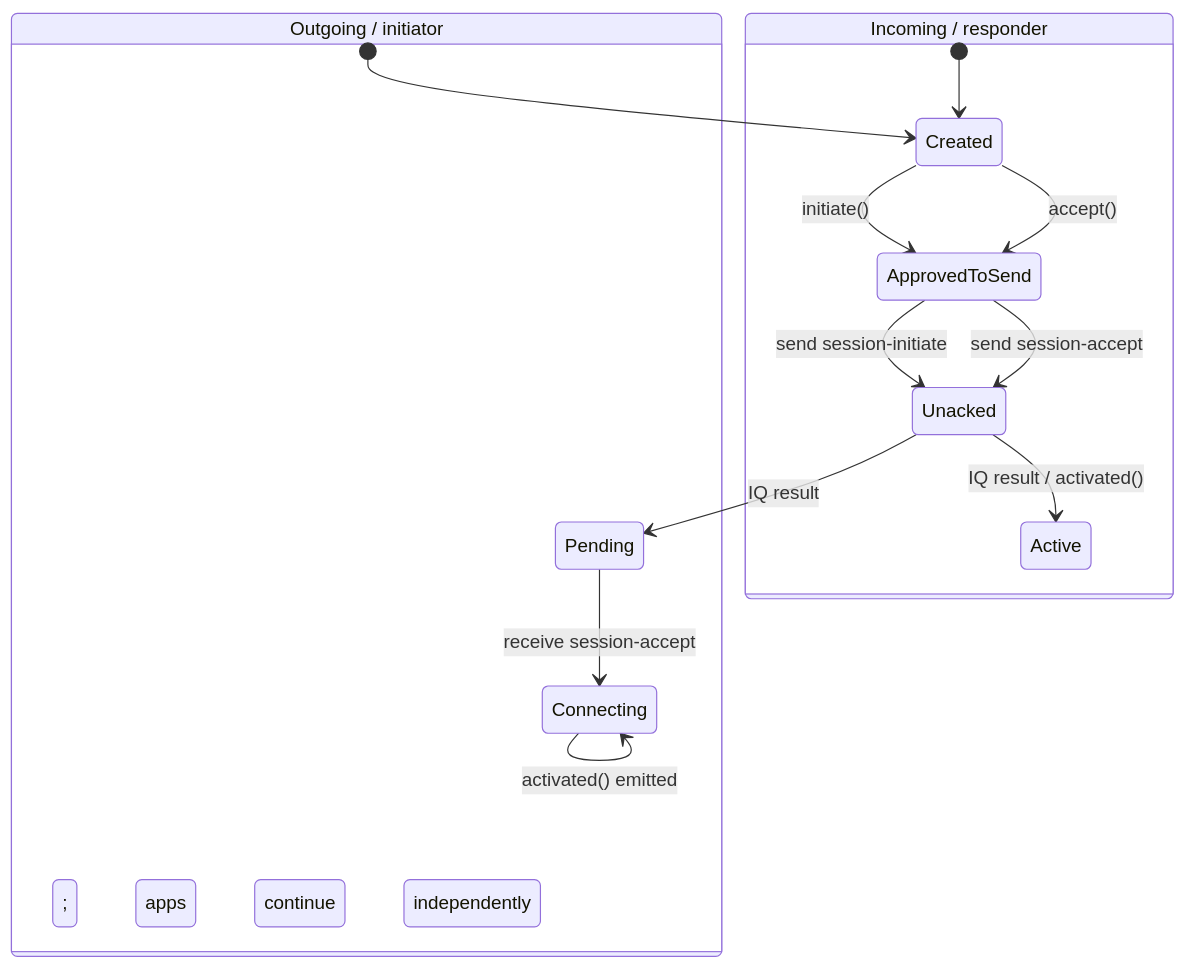
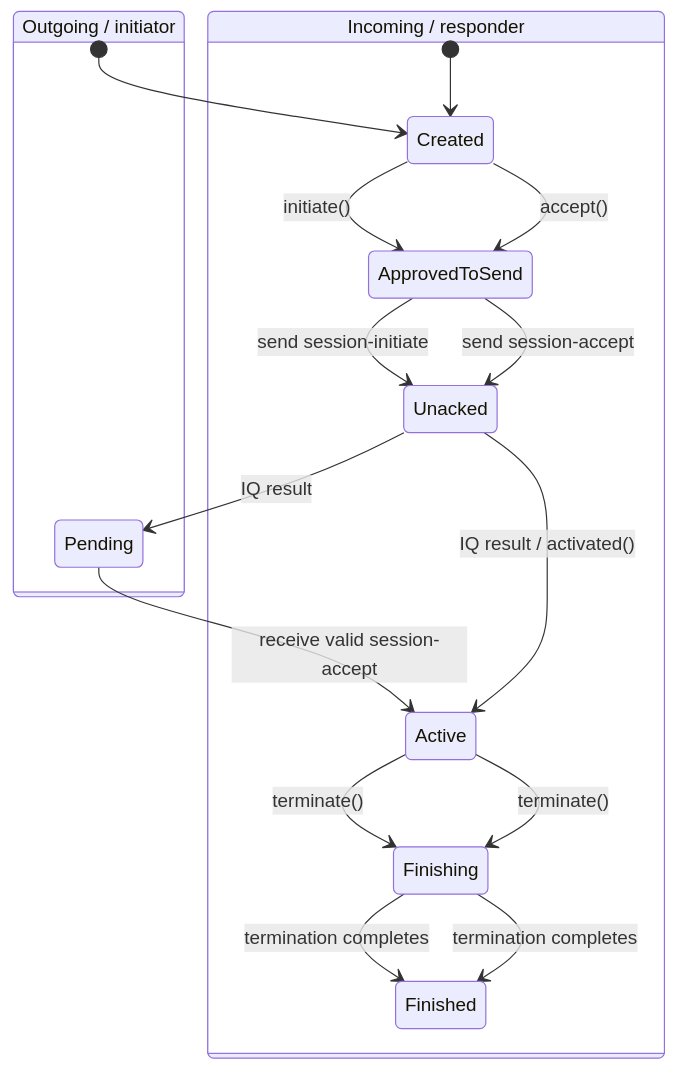
The sixth of 8 diagrams in docs/jingle.md (psi-im/iris), drawn with Mermaid before and after one commit. The commit also changed other lines of this file and 56 other files, not shown here.

````diff
--- a/docs/jingle.md
+++ b/docs/jingle.md
@@ -322,18 +330,21 @@
 ```mermaid
 stateDiagram-v2
     state "Outgoing / initiator" as Out {
         [*] --> Created
         Created --> ApprovedToSend: initiate()
         ApprovedToSend --> Unacked: send session-initiate
         Unacked --> Pending: IQ result
-        Pending --> Connecting: receive session-accept
-        Connecting --> Connecting: activated() emitted; apps continue independently
+        Pending --> Active: receive valid session-accept
+        Active --> Finishing: terminate()
+        Finishing --> Finished: termination completes
     }
 
     state "Incoming / responder" as In {
         [*] --> Created
         Created --> ApprovedToSend: accept()
         ApprovedToSend --> Unacked: send session-accept
         Unacked --> Active: IQ result / activated()
+        Active --> Finishing: terminate()
+        Finishing --> Finished: termination completes
     }
 ```
````
